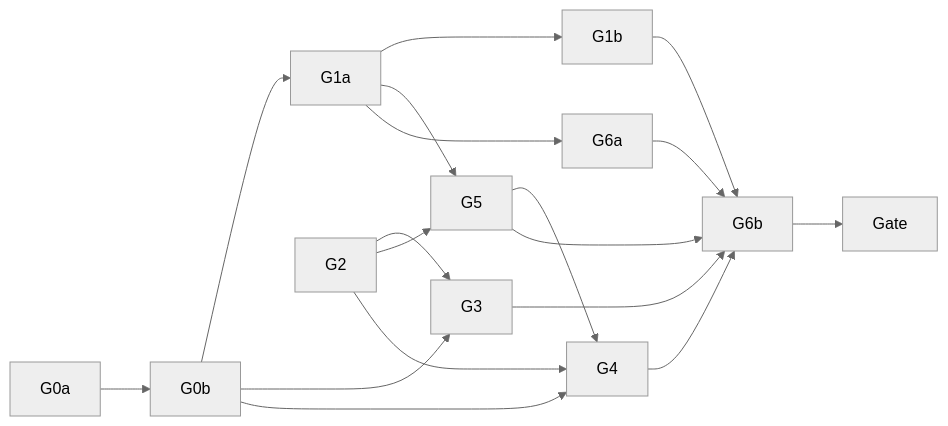
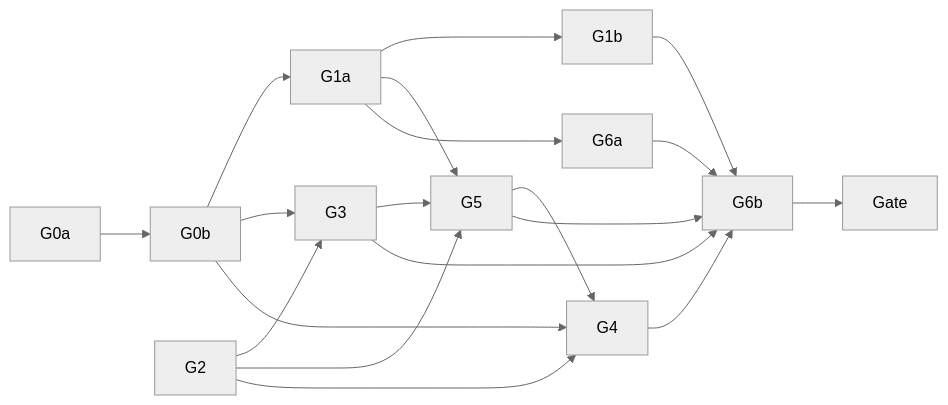
The diagram in docs/superpowers/plans/2026-10-21-project-guidelines.md (halbritter-lab/ontotator), drawn with Mermaid (neutral theme) before and after one commit. The commit also changed other lines of this file and 4 other files, not shown here.

````diff
--- a/docs/superpowers/plans/2026-10-21-project-guidelines.md
+++ b/docs/superpowers/plans/2026-10-21-project-guidelines.md
@@ -80,9 +81,10 @@
 ```mermaid
 flowchart LR
   G0a --> G0b --> G1a --> G1b
   G0b --> G3 & G4
   G2 --> G3 & G5 & G4
   G1a --> G5 & G6a
+  G3 --> G5
   G5 --> G4
   G6a & G1b & G3 & G4 & G5 --> G6b --> Gate
 ```
````
